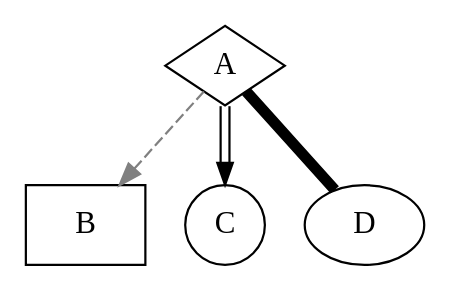
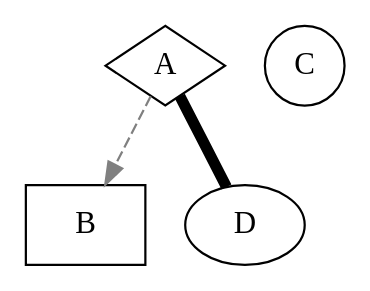
The diagram in samples/basic1.dot (saresend/dotfile-parser), drawn with Graphviz before and after one commit.

Commit message:
simplifying example, adding printlns to debug why we can't parse this

```diff
--- a/samples/basic1.dot
+++ b/samples/basic1.dot
@@ -1,8 +1,7 @@
 digraph D {
   A [shape=diamond]
   B [shape=box]
   C [shape=circle]
   A -> B [style=dashed, color=grey]
-  A -> C [color="black:invis:black"]
   A -> D [penwidth=5, arrowhead=none]
 }
```
